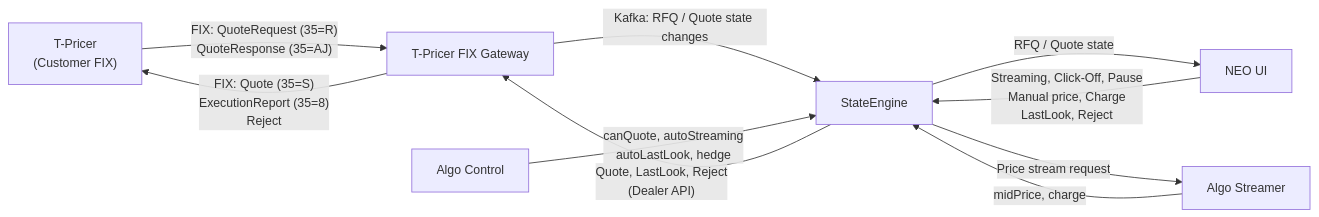
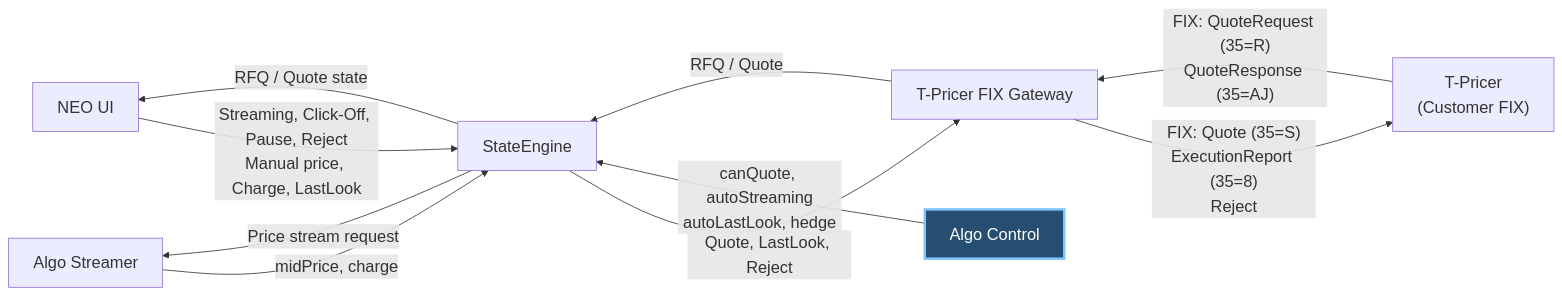
Before and after one commit to midnava/multiplexer: the third of 3 diagrams in README.md, drawn with Mermaid.

````diff
--- a/README.md
+++ b/README.md
@@ -86,25 +86,27 @@
 ```mermaid
-%%{init: {"themeVariables": {"fontSize": "15px"}, "flowchart": {"nodeSpacing": 90, "rankSpacing": 120, "curve": "basis"}}}%%
-flowchart LR
+%%{init: {"themeVariables": {"fontSize": "20px"}, "flowchart": {"nodeSpacing": 110, "rankSpacing": 160, "curve": "basis"}}}%%
+flowchart RL
     TP["T-Pricer<br/>(Customer FIX)"]
     GW["T-Pricer FIX Gateway"]
     SE["StateEngine"]
+    NEO["NEO UI"]
     AS["Algo Streamer"]
     AC["Algo Control"]
-    UI["NEO UI"]
 
     TP -->|"FIX: QuoteRequest (35=R)<br/>QuoteResponse (35=AJ)"| GW
     GW -->|"FIX: Quote (35=S)<br/>ExecutionReport (35=8)<br/>Reject"| TP
 
-    GW -->|"Kafka: RFQ / Quote state changes"| SE
+    GW -->|"RFQ / Quote"| SE
+    SE -->|"Quote, LastLook, Reject"| GW
 
-    SE -->|"Quote, LastLook, Reject<br/>(Dealer API)"| GW
-
-    SE -->|"RFQ / Quote state"| UI
-    UI -->|"Streaming, Click-Off, Pause<br/>Manual price, Charge<br/>LastLook, Reject"| SE
+    SE -->|"RFQ / Quote state"| NEO
+    NEO -->|"Streaming, Click-Off, Pause, Reject<br/>Manual price, Charge, LastLook"| SE
 
     AC -->|"canQuote, autoStreaming<br/>autoLastLook, hedge"| SE
 
     SE -->|"Price stream request"| AS
     AS -->|"midPrice, charge"| SE
+
+    classDef highlighted fill:#264E70,stroke:#7CC4FF,stroke-width:3px,color:#FFFFFF
+    class AC highlighted
 ```
````
